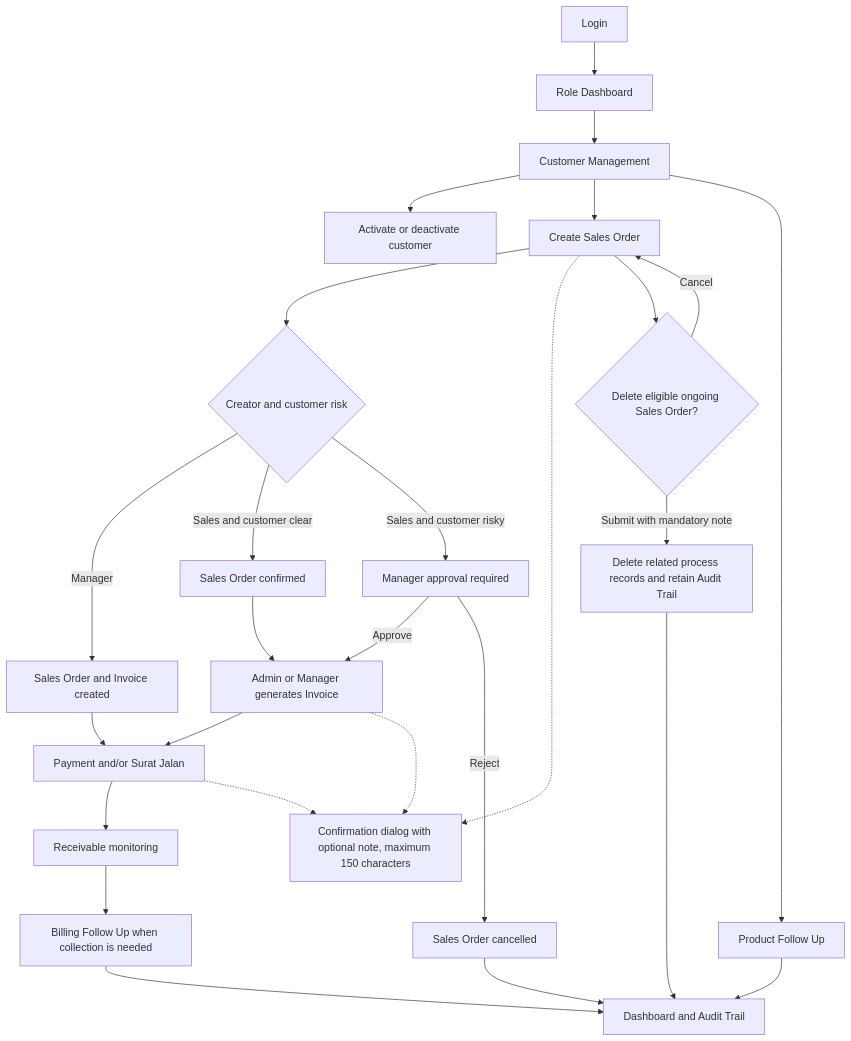
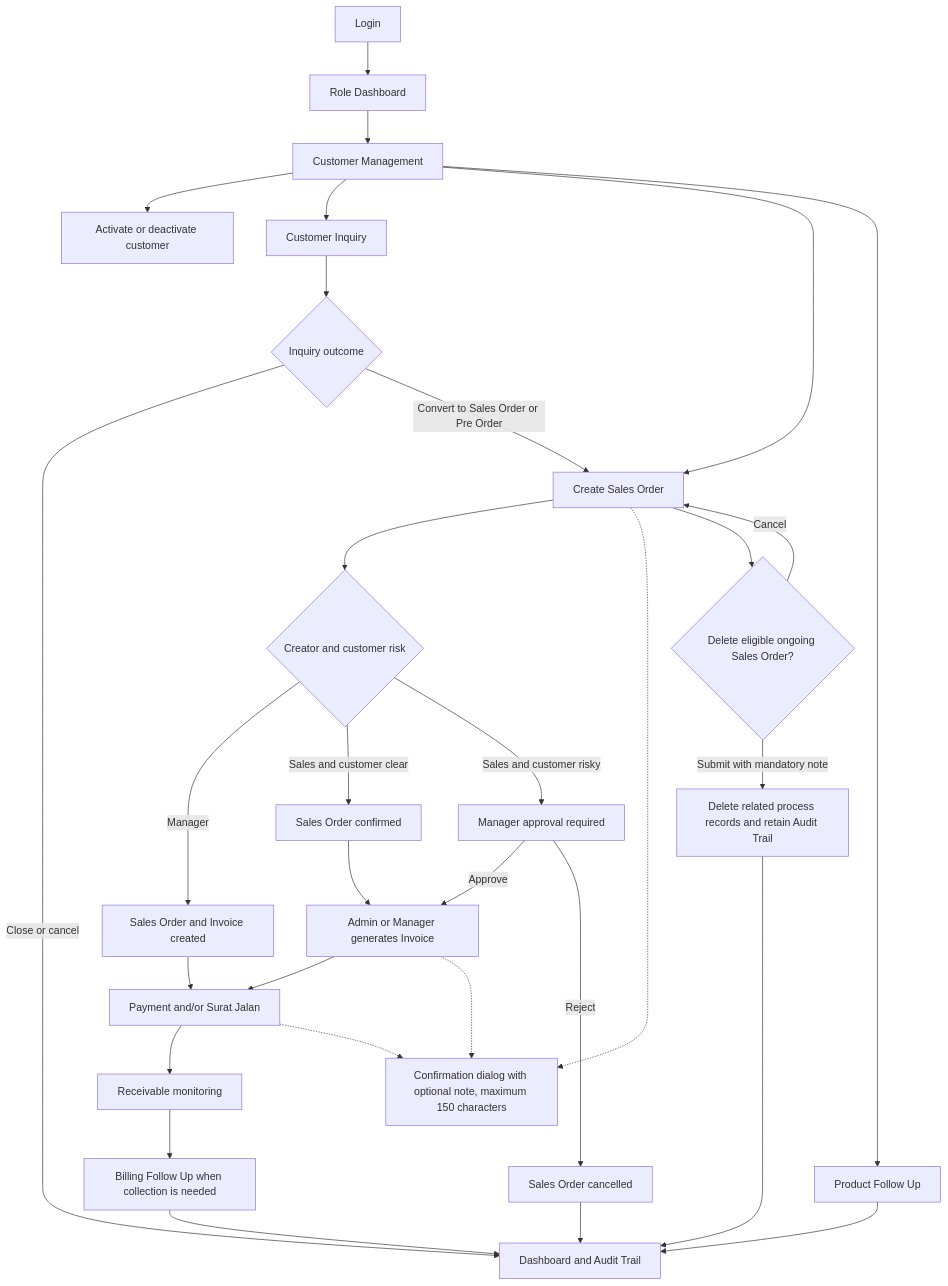
The diagram in docs/USER_FLOWS.md (Nicholas8889/Pre-Thesis-Information-Systems), drawn with Mermaid before and after one commit. The commit also changed other lines of this file and 62 other files, not shown here.

````diff
--- a/docs/USER_FLOWS.md
+++ b/docs/USER_FLOWS.md
@@ -12,29 +13,33 @@
 ```mermaid
 flowchart TD
     A["Login"] --> B["Role Dashboard"]
     B --> C["Customer Management"]
     C --> C1["Activate or deactivate customer"]
+    C --> CI["Customer Inquiry"]
+    CI --> CI1{"Inquiry outcome"}
+    CI1 -->|"Close or cancel"| O["Dashboard and Audit Trail"]
+    CI1 -->|"Convert to Sales Order or Pre Order"| D
     C --> D["Create Sales Order"]
     D --> E{"Creator and customer risk"}
     E -->|"Manager"| F["Sales Order and Invoice created"]
     E -->|"Sales and customer clear"| G["Sales Order confirmed"]
     G --> H["Admin or Manager generates Invoice"]
     E -->|"Sales and customer risky"| I["Manager approval required"]
     I -->|"Approve"| H
     I -->|"Reject"| J["Sales Order cancelled"]
     F --> K["Payment and/or Surat Jalan"]
     H --> K
     K --> L["Receivable monitoring"]
     L --> M["Billing Follow Up when collection is needed"]
     C --> N["Product Follow Up"]
     J --> O["Dashboard and Audit Trail"]
     M --> O
     N --> O
     D -.-> P["Confirmation dialog with optional note, maximum 150 characters"]
     H -.-> P
     K -.-> P
     D --> Q{"Delete eligible ongoing Sales Order?"}
     Q -->|"Cancel"| D
     Q -->|"Submit with mandatory note"| R["Delete related process records and retain Audit Trail"]
     R --> O
 ```
````
